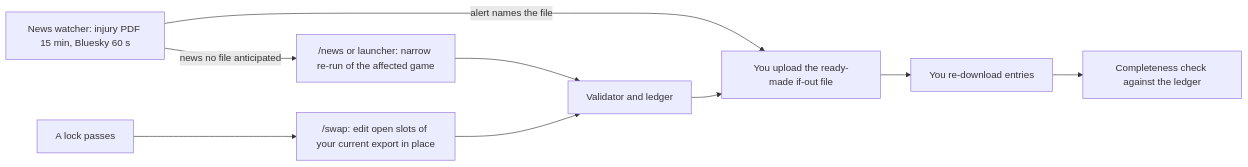
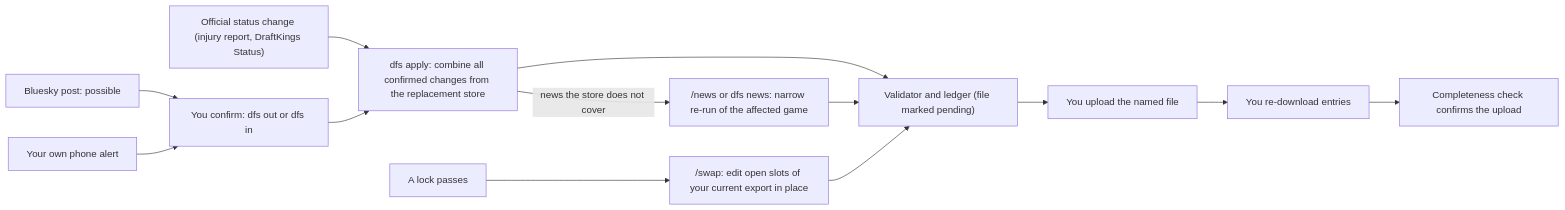
One commit to bleeski/nba-dfs changed the second of 3 diagrams in docs/ARCHITECTURE.md. Above: the diagram before and after it, drawn with Mermaid. The commit also changed other lines of this file and 12 other files, not shown here.

Commit message:
ARCHITECTURE v3 after red-team round 2: late-news rework, insurance rule fix, tiers, ADR sync

````diff
--- a/docs/ARCHITECTURE.md
+++ b/docs/ARCHITECTURE.md
@@ -236,11 +250,15 @@
 ```mermaid
 flowchart LR
-    W["News watcher: injury PDF 15 min, Bluesky 60 s"] -->|alert names the file| U1["You upload the ready-made if-out file"]
+    OFF["Official status change (injury report, DraftKings Status)"] --> AP["dfs apply: combine all confirmed changes from the replacement store"]
+    BSK["Bluesky post: possible"] --> YOU["You confirm: dfs out or dfs in"]
+    PH["Your own phone alert"] --> YOU
+    YOU --> AP
+    AP --> V["Validator and ledger (file marked pending)"]
+    V --> U1["You upload the named file"]
     U1 --> RD["You re-download entries"]
-    RD --> CK["Completeness check against the ledger"]
-    W -->|news no file anticipated| NW["/news or launcher: narrow re-run of the affected game"]
-    NW --> V["Validator and ledger"]
-    V --> U1
+    RD --> CK["Completeness check confirms the upload"]
+    AP -->|news the store does not cover| NW["/news or dfs news: narrow re-run of the affected game"]
+    NW --> V
     L["A lock passes"] --> SW["/swap: edit open slots of your current export in place"]
     SW --> V
 ```
````
